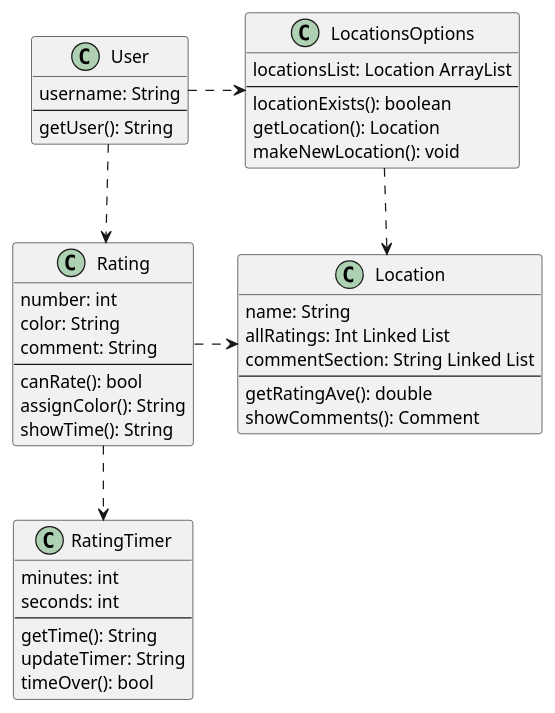
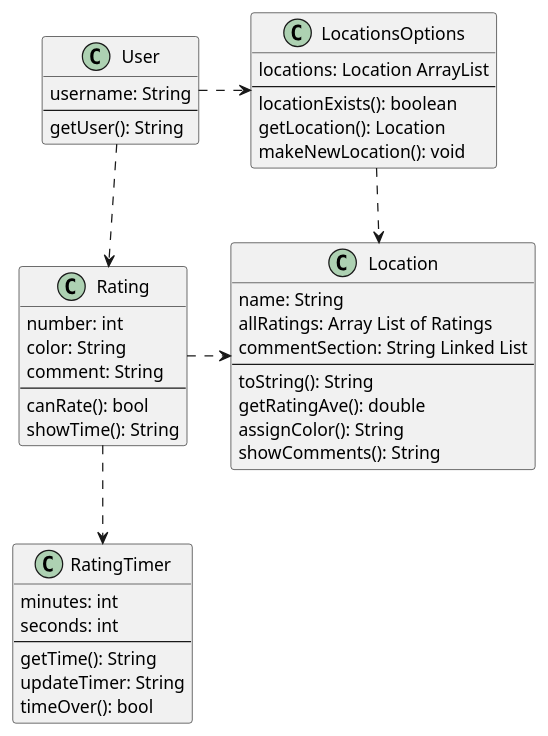
One commit to manoushpajouh/Vassar-Crowdmeter changed the second of 4 diagrams in intellij/documentation/design.md. Above: the diagram before and after it, drawn with PlantUML. The commit also changed other lines of this file and 1 other file, not shown here.

Commit message:
update sequence diagram

````diff
--- a/intellij/documentation/design.md
+++ b/intellij/documentation/design.md
@@ -50,53 +50,54 @@
 ```plantuml
 @startuml
 
 class User{
 username: String
 --
 getUser(): String
 }
 
 class Rating{
 number: int
 color: String
 comment: String
 --
 canRate(): bool
-assignColor(): String 
 showTime(): String
 }
 
 class LocationsOptions{
-locationsList: Location ArrayList 
+locations: Location ArrayList 
 --
 locationExists(): boolean
 getLocation(): Location
 makeNewLocation(): void
 }
 
 class Location {
 name: String
-allRatings: Int Linked List 
+allRatings: Array List of Ratings 
 commentSection: String Linked List 
 --
+toString(): String
 getRatingAve(): double
-showComments(): Comment
+assignColor(): String 
+showComments(): String
 }
 
 class RatingTimer{
 minutes: int
 seconds: int
 --
 getTime(): String 
 updateTimer: String
 timeOver(): bool
 }
 
 User .down.> Rating
 User .> LocationsOptions
 Rating .right.> Location
 LocationsOptions .down.> Location
 Rating .down.> RatingTimer
 
 @enduml
 ```
````
